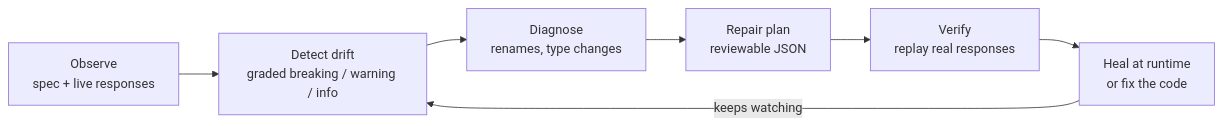
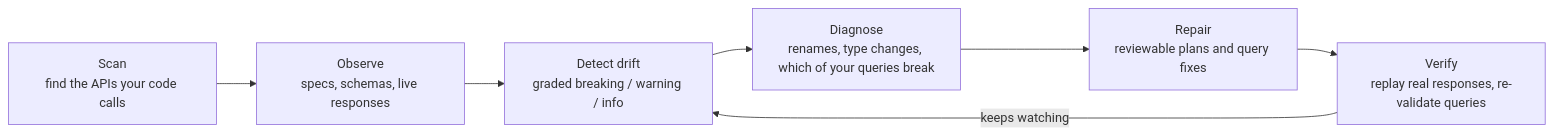
The diagram in README.md (milan6190/self-maintaining-apis), drawn with Mermaid before and after one commit. The commit also changed other lines of this file and 48 other files, not shown here.

````diff
--- a/README.md
+++ b/README.md
@@ -10,9 +10,9 @@
 ```mermaid
 flowchart LR
-    A[Observe<br/>spec + live responses] --> B[Detect drift<br/>graded breaking / warning / info]
-    B --> C[Diagnose<br/>renames, type changes]
-    C --> D[Repair plan<br/>reviewable JSON]
-    D --> E[Verify<br/>replay real responses]
-    E --> F[Heal at runtime<br/>or fix the code]
-    F -- keeps watching --> B
+    S[Scan<br/>find the APIs your code calls] --> A[Observe<br/>specs, schemas, live responses]
+    A --> B[Detect drift<br/>graded breaking / warning / info]
+    B --> C[Diagnose<br/>renames, type changes, which of your queries break]
+    C --> D[Repair<br/>reviewable plans and query fixes]
+    D --> E[Verify<br/>replay real responses, re-validate queries]
+    E -- keeps watching --> B
 ```
````
